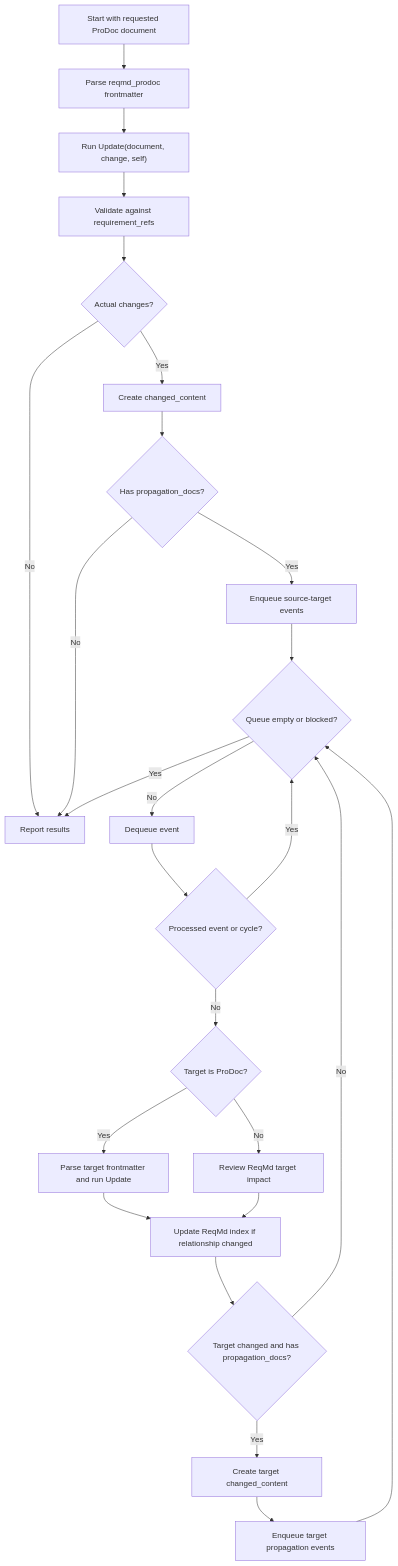
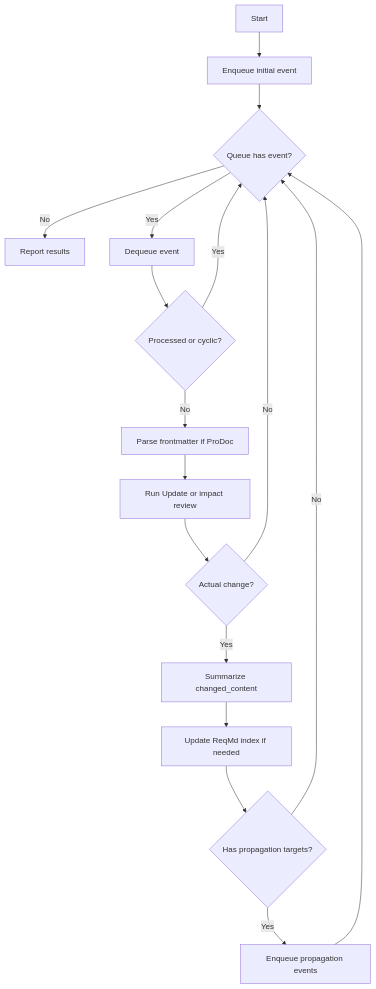
Before and after one commit to wizest/reqmd: the diagram in reqmd/programmable_documentation.md, drawn with Mermaid.

Commit message:
Simplify ProDoc workflow flowchart

````diff
--- a/reqmd/programmable_documentation.md
+++ b/reqmd/programmable_documentation.md
@@ -264,27 +264,19 @@
 ```mermaid
 flowchart TD
-    A["Start with requested ProDoc document"] --> B["Parse reqmd_prodoc frontmatter"]
-    B --> C["Run Update(document, change, self)"]
-    C --> D["Validate against requirement_refs"]
-    D --> E{"Actual changes?"}
-    E -->|No| Z["Report results"]
-    E -->|Yes| F["Create changed_content"]
-    F --> G{"Has propagation_docs?"}
-    G -->|No| Z
-    G -->|Yes| H["Enqueue source-target events"]
-    H --> I{"Queue empty or blocked?"}
-    I -->|Yes| Z
-    I -->|No| J["Dequeue event"]
-    J --> K{"Processed event or cycle?"}
-    K -->|Yes| I
-    K -->|No| L{"Target is ProDoc?"}
-    L -->|Yes| M["Parse target frontmatter and run Update"]
-    L -->|No| R["Review ReqMd target impact"]
-    M --> N["Update ReqMd index if relationship changed"]
-    R --> N
-    N --> O{"Target changed and has propagation_docs?"}
-    O -->|No| I
-    O -->|Yes| P["Create target changed_content"]
-    P --> Q["Enqueue target propagation events"]
-    Q --> I
+    A["Start"] --> B["Enqueue initial event"]
+    B --> C{"Queue has event?"}
+    C -->|No| Z["Report results"]
+    C -->|Yes| D["Dequeue event"]
+    D --> E{"Processed or cyclic?"}
+    E -->|Yes| C
+    E -->|No| F["Parse frontmatter if ProDoc"]
+    F --> G["Run Update or impact review"]
+    G --> H{"Actual change?"}
+    H -->|No| C
+    H -->|Yes| I["Summarize changed_content"]
+    I --> J["Update ReqMd index if needed"]
+    J --> K{"Has propagation targets?"}
+    K -->|No| C
+    K -->|Yes| L["Enqueue propagation events"]
+    L --> C
 ```
````
